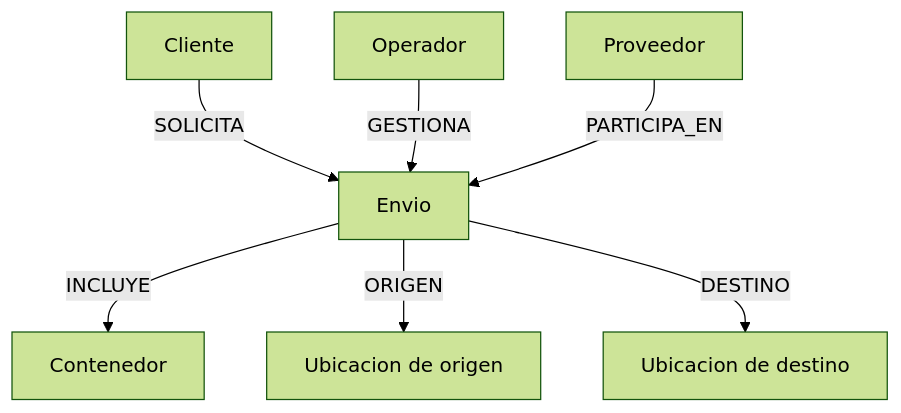
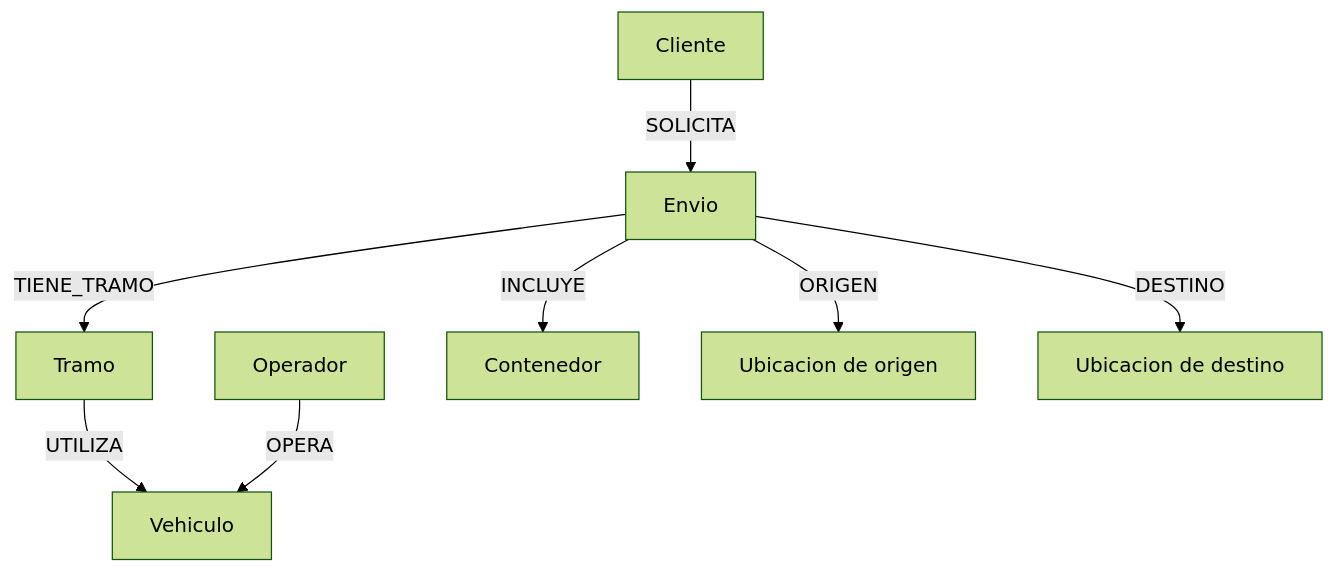
The first of 4 diagrams in docs/diagramas.md (Thiago-Alm/tp_logistica), drawn with Mermaid (forest theme) before and after one commit. The commit also changed other lines of this file and 4 other files, not shown here.

````diff
--- a/docs/diagramas.md
+++ b/docs/diagramas.md
@@ -9,9 +9,10 @@
 ```mermaid
 flowchart TD
     C[Cliente] -->|SOLICITA| E[Envio]
-    O[Operador] -->|GESTIONA| E
-    P[Proveedor] -->|PARTICIPA_EN| E
+    E -->|TIENE_TRAMO| T[Tramo]
+    T -->|UTILIZA| V[Vehiculo]
+    O[Operador] -->|OPERA| V
     E -->|INCLUYE| CO[Contenedor]
     E -->|ORIGEN| UO[Ubicacion de origen]
     E -->|DESTINO| UD[Ubicacion de destino]
 ```
````
